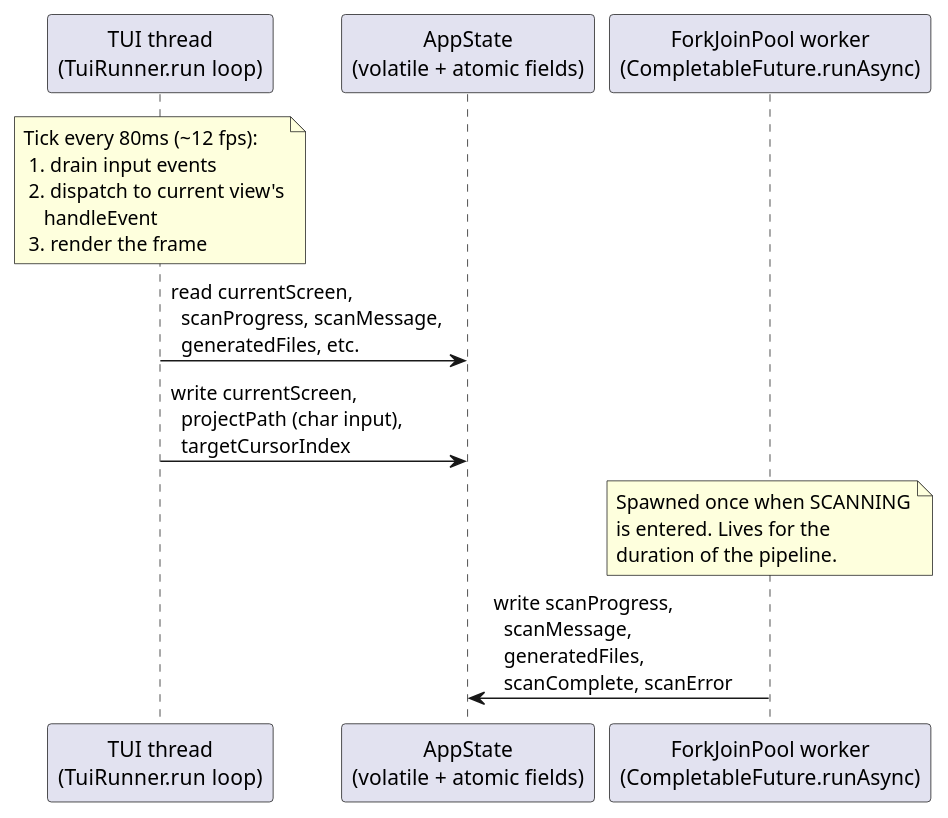
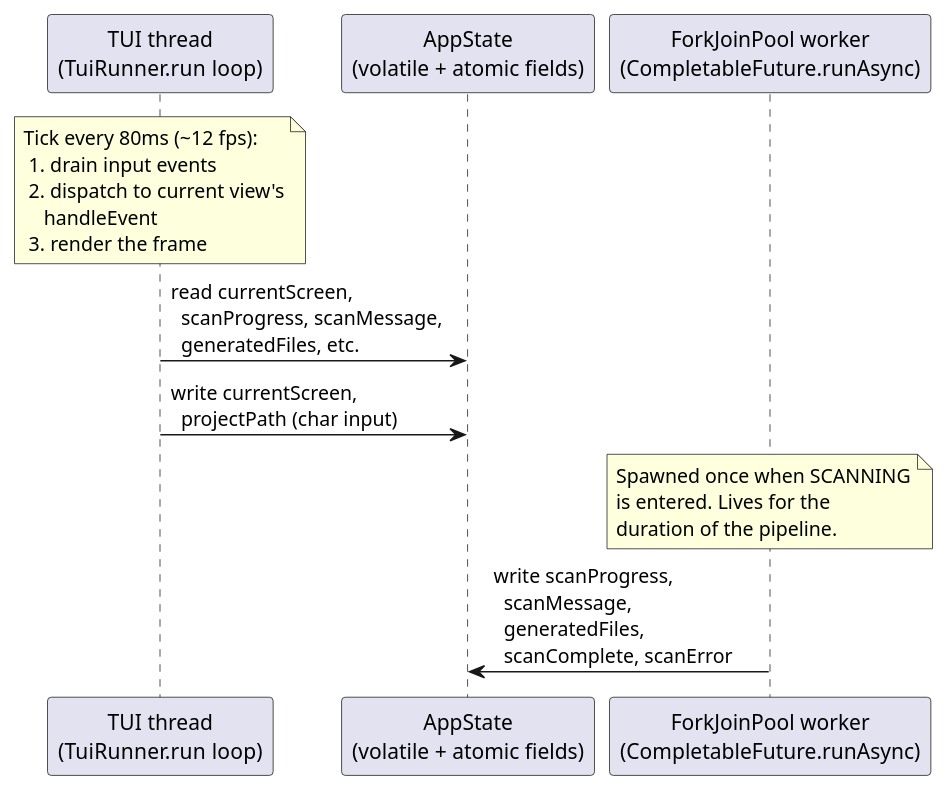
The fourth of 6 diagrams in docs/architecture.adoc (acltabontabon/launchpad), drawn with PlantUML before and after one commit. The commit also changed other lines of this file and 16 other files, not shown here.

```diff
--- a/docs/architecture.adoc
+++ b/docs/architecture.adoc
@@ -246,31 +239,31 @@
 [plantuml,threading,svg]
 ----
 @startuml
 skinparam backgroundColor #FFFFFF
 skinparam shadowing false
 skinparam defaultFontName Helvetica
 
 participant "TUI thread\n(TuiRunner.run loop)" as T
 participant "AppState\n(volatile + atomic fields)" as S
 participant "ForkJoinPool worker\n(CompletableFuture.runAsync)" as W
 
 note over T
   Tick every 80ms (~12 fps):
    1. drain input events
    2. dispatch to current view's
       handleEvent
    3. render the frame
 end note
 
 T -> S : read currentScreen,\n  scanProgress, scanMessage,\n  generatedFiles, etc.
-T -> S : write currentScreen,\n  projectPath (char input),\n  targetCursorIndex
+T -> S : write currentScreen,\n  projectPath (char input)
 
 note over W
   Spawned once when SCANNING
   is entered. Lives for the
   duration of the pipeline.
 end note
 
 W -> S : write scanProgress,\n  scanMessage,\n  generatedFiles,\n  scanComplete, scanError
 @enduml
 ----
```
